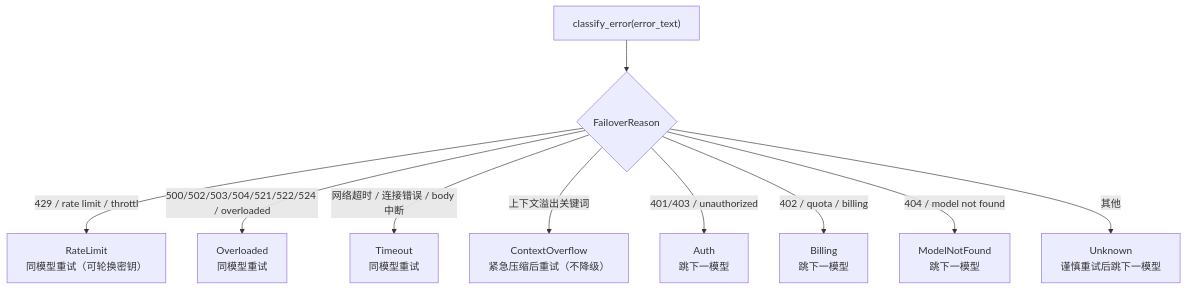
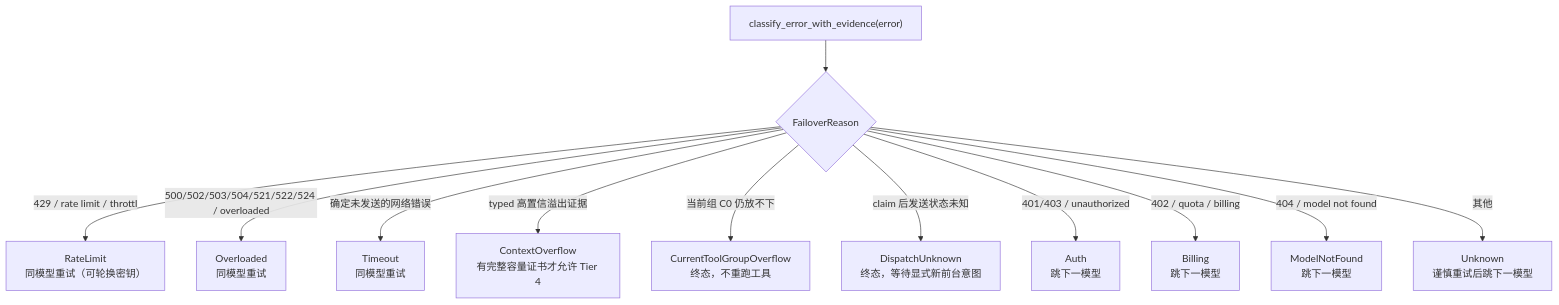
Before and after one commit to shiwenwen/hope-agent: the ninth of 16 diagrams in docs/architecture/core/provider-system.md, drawn with Mermaid. The commit also changed other lines of this file and 124 other files, not shown here.

````diff
--- a/docs/architecture/core/provider-system.md
+++ b/docs/architecture/core/provider-system.md
@@ -537,13 +538,15 @@
 ```mermaid
 flowchart TD
-  ERR["classify_error(error_text)"] --> R{"FailoverReason"}
+  ERR["classify_error_with_evidence(error)"] --> R{"FailoverReason"}
 
   R -->|"429 / rate limit / throttl"| RL["RateLimit<br/>同模型重试（可轮换密钥）"]
   R -->|"500/502/503/504/521/522/524 / overloaded"| OL["Overloaded<br/>同模型重试"]
-  R -->|"网络超时 / 连接错误 / body 中断"| TO["Timeout<br/>同模型重试"]
-  R -->|"上下文溢出关键词"| CO["ContextOverflow<br/>紧急压缩后重试（不降级）"]
+  R -->|"确定未发送的网络错误"| TO["Timeout<br/>同模型重试"]
+  R -->|"typed 高置信溢出证据"| CO["ContextOverflow<br/>有完整容量证书才允许 Tier 4"]
+  R -->|"当前组 C0 仍放不下"| CG["CurrentToolGroupOverflow<br/>终态，不重跑工具"]
+  R -->|"claim 后发送状态未知"| DU["DispatchUnknown<br/>终态，等待显式新前台意图"]
   R -->|"401/403 / unauthorized"| AU["Auth<br/>跳下一模型"]
   R -->|"402 / quota / billing"| BI["Billing<br/>跳下一模型"]
   R -->|"404 / model not found"| NF["ModelNotFound<br/>跳下一模型"]
   R -->|"其他"| UK["Unknown<br/>谨慎重试后跳下一模型"]
 ```
````
